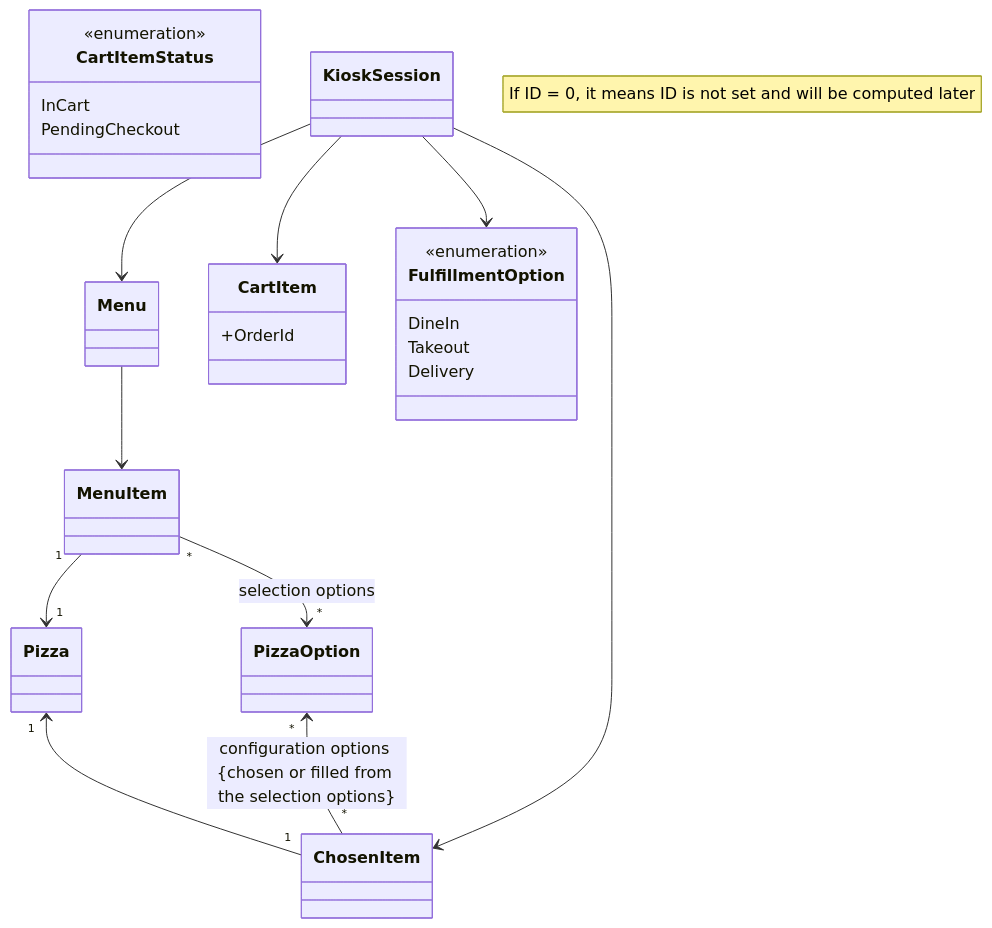
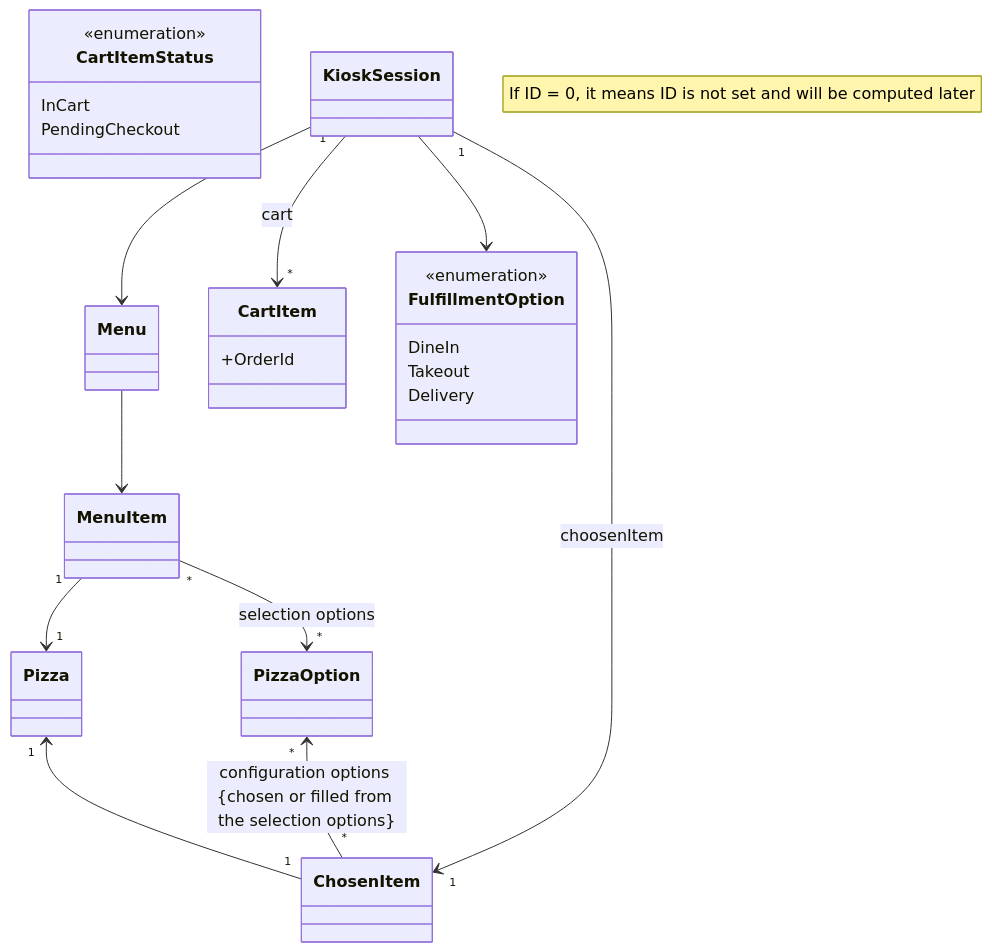
One commit to ekral/Utb.PizzaKiosk changed the diagram in README.md. Above: the diagram before and after it, drawn with Mermaid.

````diff
--- a/README.md
+++ b/README.md
@@ -160,37 +160,37 @@
 ```mermaid
  classDiagram
    note "If ID = 0, it means ID is not set and will be computed later"
    %% direction LR
    class PizzaOption
    class Pizza
    class MenuItem
    class Menu
    class ChosenItem
 
    class CartItemStatus{
       <<enumeration>>
       InCart
       PendingCheckout
    }
 
    class CartItem{
       +OrderId
    }
 
    class FulfillmentOption{
       <<enumeration>>
       DineIn
       Takeout
       Delivery
    }
    class KioskSession
    MenuItem "1" --> "1"  Pizza
    Pizza "1" <-- "1"  ChosenItem
    MenuItem "*" --> "*"  PizzaOption : selection options
    PizzaOption "*" <-- "*" ChosenItem : configuration options {chosen or filled from the selection options}
    Menu --> MenuItem
    KioskSession --> Menu
    KioskSession --> FulfillmentOption
-   KioskSession --> ChosenItem
-   KioskSession --> CartItem
+   KioskSession "1" --> "1" ChosenItem : choosenItem
+   KioskSession "1" --> "*" CartItem : cart
 ```
````
